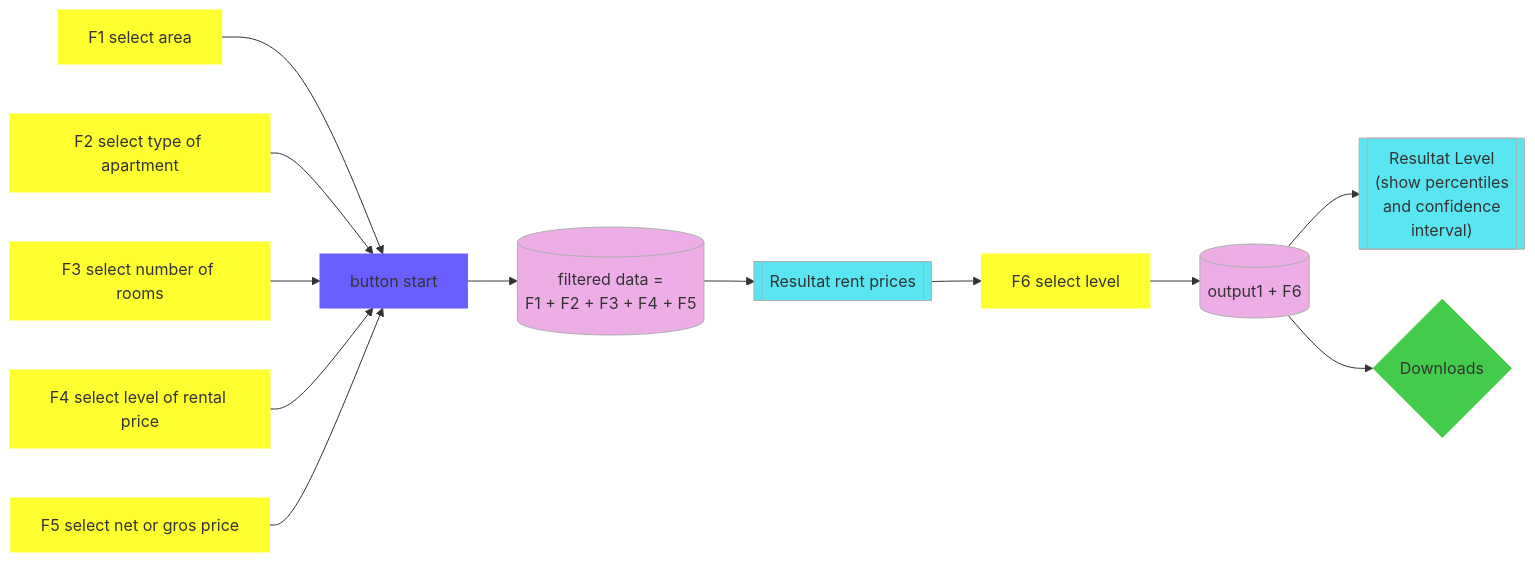
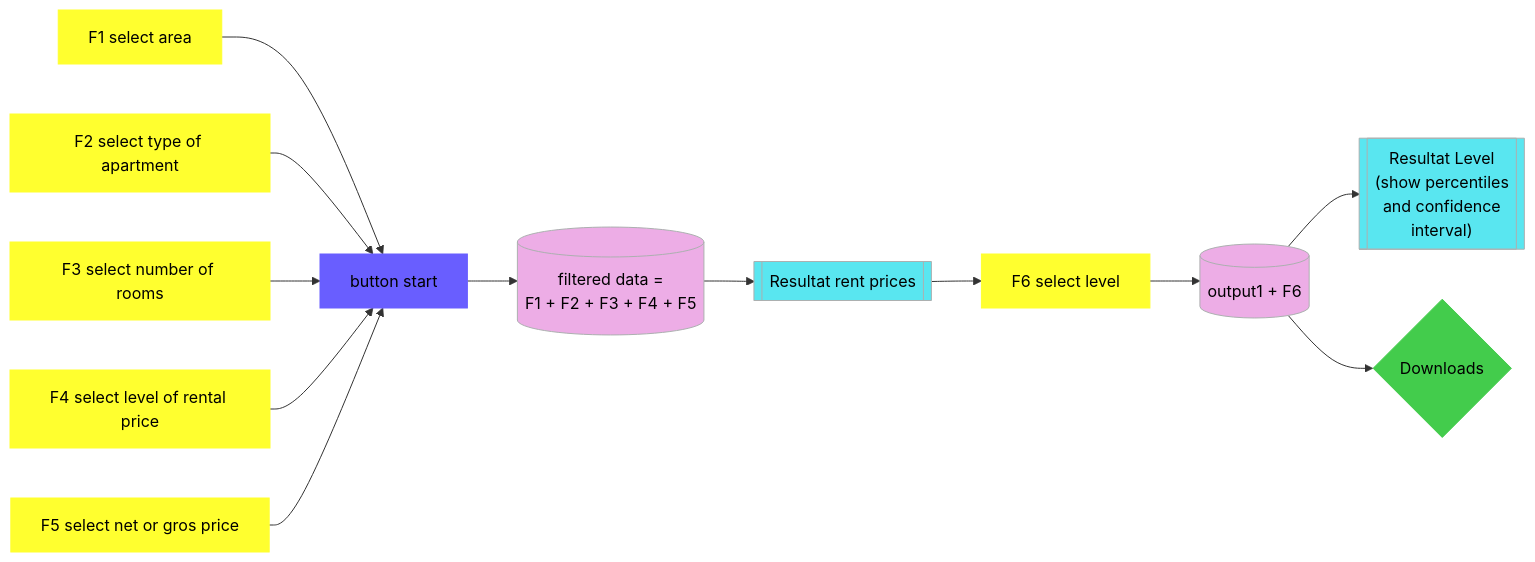
The diagram in README.md (StatistikStadtZuerich/MPE-Tool), drawn with Mermaid before and after one commit.

````diff
--- a/README.md
+++ b/README.md
@@ -36,20 +36,20 @@
 ```mermaid
 flowchart LR;
   f1[F1 select area]:::filter --> button[button start]:::button
   f2[F2 select type of apartment]:::filter --> button
   f3[F3 select number of rooms]:::filter --> button
   f4[F4 select level of rental price]:::filter --> button
   f5[F5 select net or gros price]:::filter --> button
   button --> output1[(filtered data = \nF1 + F2 + F3 + F4 + F5)]:::data
   output1 --> results1[[Resultat rent prices]]:::result
   results1 --> f6[F6 select level]:::filter
   f6 --> output2[(output1 + F6)]:::data
   output2 --> results2[["Resultat Level \n(show percentiles \nand confidence \ninterval)"]]:::result
   output2 --> downloads{Downloads}:::download
   
-  classDef filter fill:#ffff2f,stroke:#ffff2f;
-  classDef button fill:#695eff,stroke:#695eff;
-  classDef data fill:#edade6,stroke:#acb0b0;
-  classDef result fill:#59e6f0,stroke:#acb0b0;
-  classDef download fill:#43cc4c,stroke:#43cc4c;
+  classDef filter fill:#ffff2f,stroke:#ffff2f,color:#000000;
+  classDef button fill:#695eff,stroke:#695eff,color:#000000;
+  classDef data fill:#edade6,stroke:#acb0b0,color:#000000;
+  classDef result fill:#59e6f0,stroke:#acb0b0,color:#000000;
+  classDef download fill:#43cc4c,stroke:#43cc4c,color:#000000;
 ```
````
